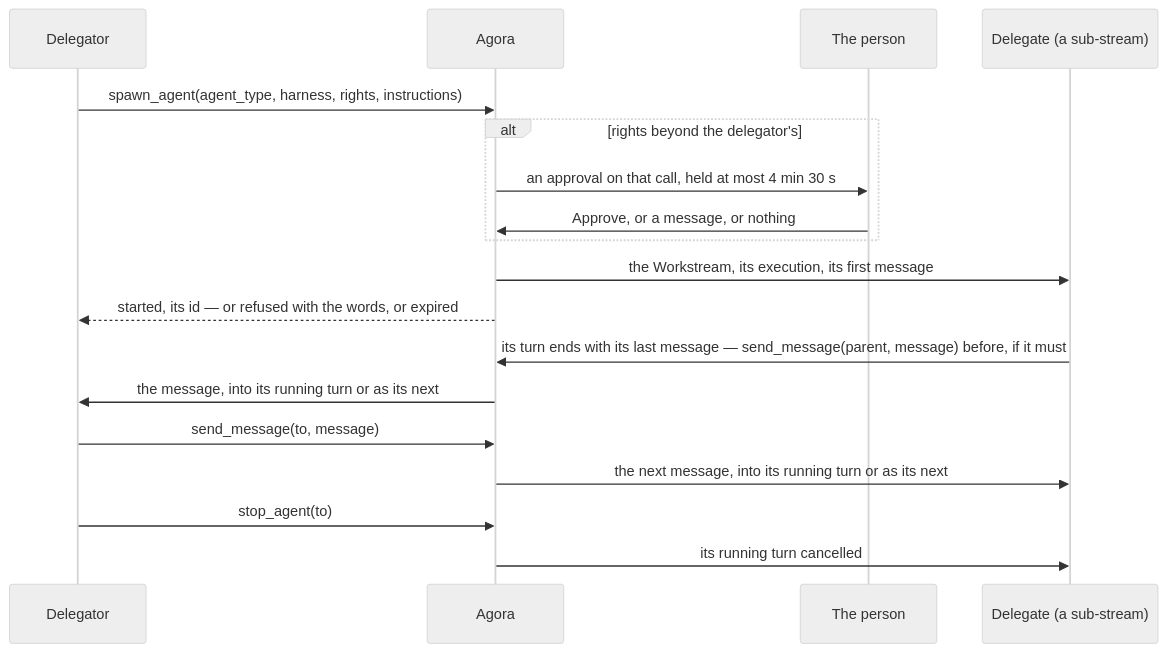
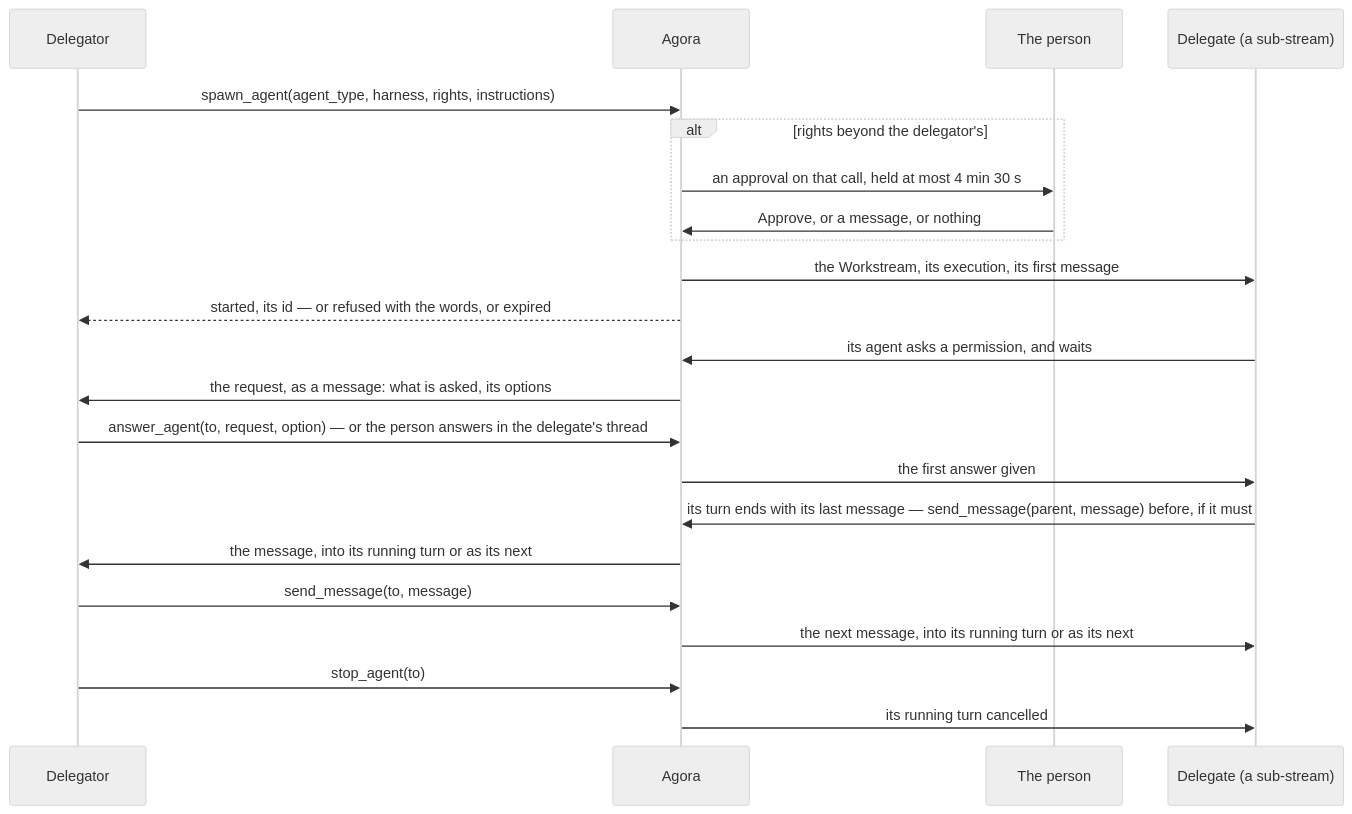
Before and after one commit to arnaultbretagne/agora: the diagram in docs/specs/delegation.md, drawn with Mermaid (neutral theme). The commit also changed other lines of this file and 7 other files, not shown here.

First line of the commit message:
docs: requests — a permission pending is waiting everywhere; a delegate's goes to its delegator, answered by answer_agent; cards answer through assistant-ui

````diff
--- a/docs/specs/delegation.md
+++ b/docs/specs/delegation.md
@@ -15,20 +16,24 @@
 ```mermaid
 sequenceDiagram
   participant C as Delegator
   participant A as Agora
   participant P as The person
   participant D as Delegate (a sub-stream)
   C->>A: spawn_agent(agent_type, harness, rights, instructions)
   alt rights beyond the delegator's
     A->>P: an approval on that call, held at most 4 min 30 s
     P->>A: Approve, or a message, or nothing
   end
   A->>D: the Workstream, its execution, its first message
   A-->>C: started, its id — or refused with the words, or expired
+  D->>A: its agent asks a permission, and waits
+  A->>C: the request, as a message: what is asked, its options
+  C->>A: answer_agent(to, request, option) — or the person answers in the delegate's thread
+  A->>D: the first answer given
   D->>A: its turn ends with its last message — send_message(parent, message) before, if it must
   A->>C: the message, into its running turn or as its next
   C->>A: send_message(to, message)
   A->>D: the next message, into its running turn or as its next
   C->>A: stop_agent(to)
   A->>D: its running turn cancelled
 ```
````
